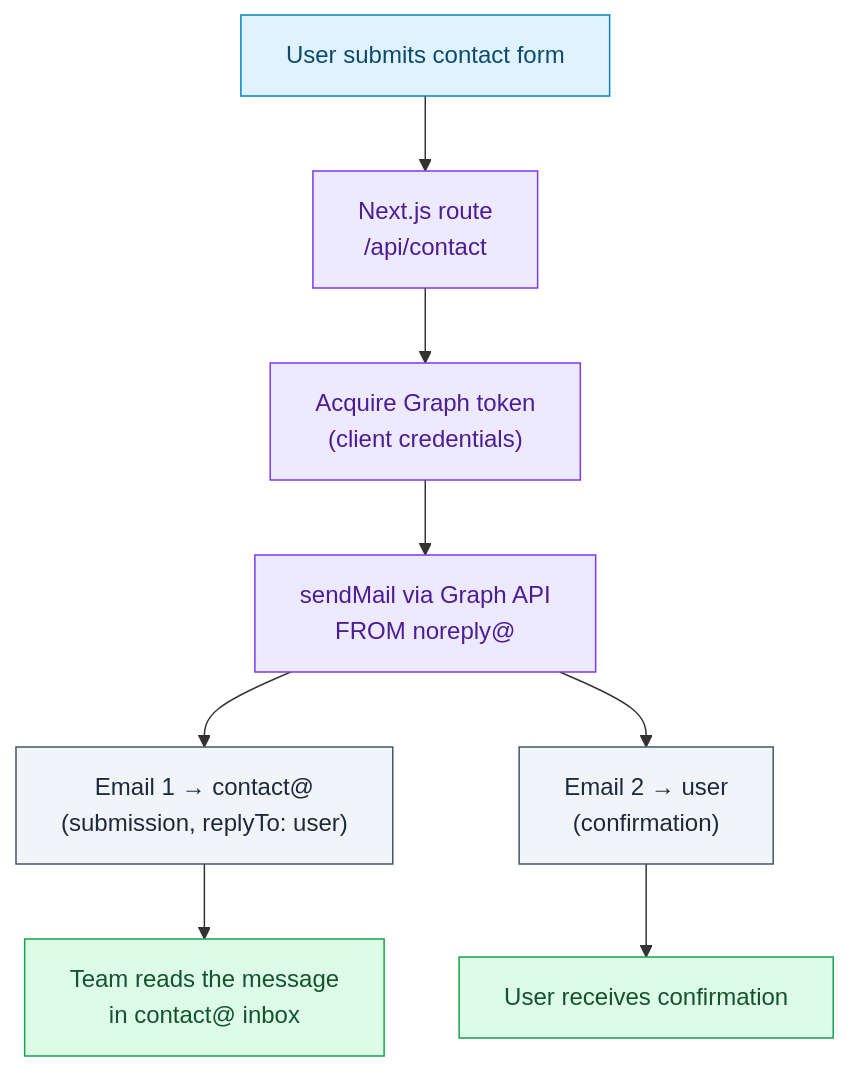
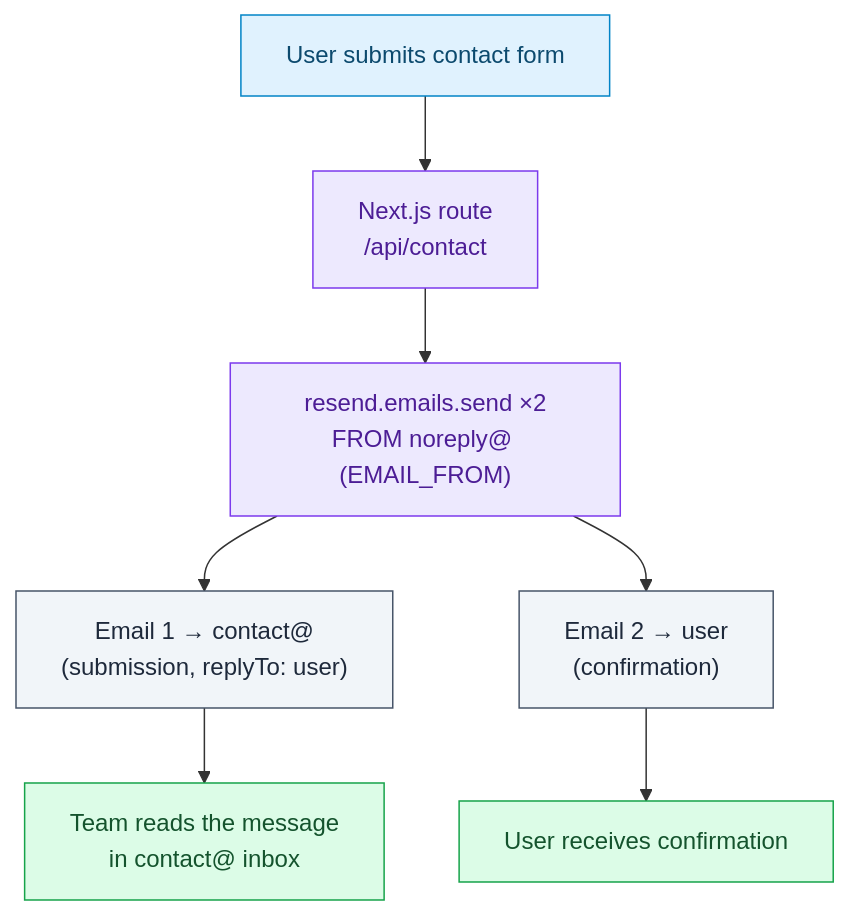
One commit to AltCtrlAB/alt-ctrl-website changed the first of 3 diagrams in docs/dev/email-flows.md. Above: the diagram before and after it, drawn with Mermaid. The commit also changed other lines of this file, not shown here.

Commit message:
Updated the flowchart reflecting Resend changes

````diff
--- a/docs/dev/email-flows.md
+++ b/docs/dev/email-flows.md
@@ -28,15 +28,14 @@
 ```mermaid
 flowchart TD
     A["User submits contact form"]:::user --> B["Next.js route<br/>/api/contact"]:::system
-    B --> C["Acquire Graph token<br/>(client credentials)"]:::system
-    C --> D["sendMail via Graph API<br/>FROM noreply@"]:::system
-    D --> E["Email 1 → contact@<br/>(submission, replyTo: user)"]:::email
-    D --> F["Email 2 → user<br/>(confirmation)"]:::email
+    B --> C["resend.emails.send ×2<br/>FROM noreply@ (EMAIL_FROM)"]:::system
+    C --> E["Email 1 → contact@<br/>(submission, replyTo: user)"]:::email
+    C --> F["Email 2 → user<br/>(confirmation)"]:::email
     E --> G["Team reads the message<br/>in contact@ inbox"]:::done
     F --> H["User receives confirmation"]:::done
 
     classDef user fill:#e0f2fe,stroke:#0284c7,color:#0c4a6e
     classDef system fill:#ede9fe,stroke:#7c3aed,color:#4c1d95
     classDef email fill:#f1f5f9,stroke:#475569,color:#1e293b
     classDef done fill:#dcfce7,stroke:#16a34a,color:#14532d
 ```
````
